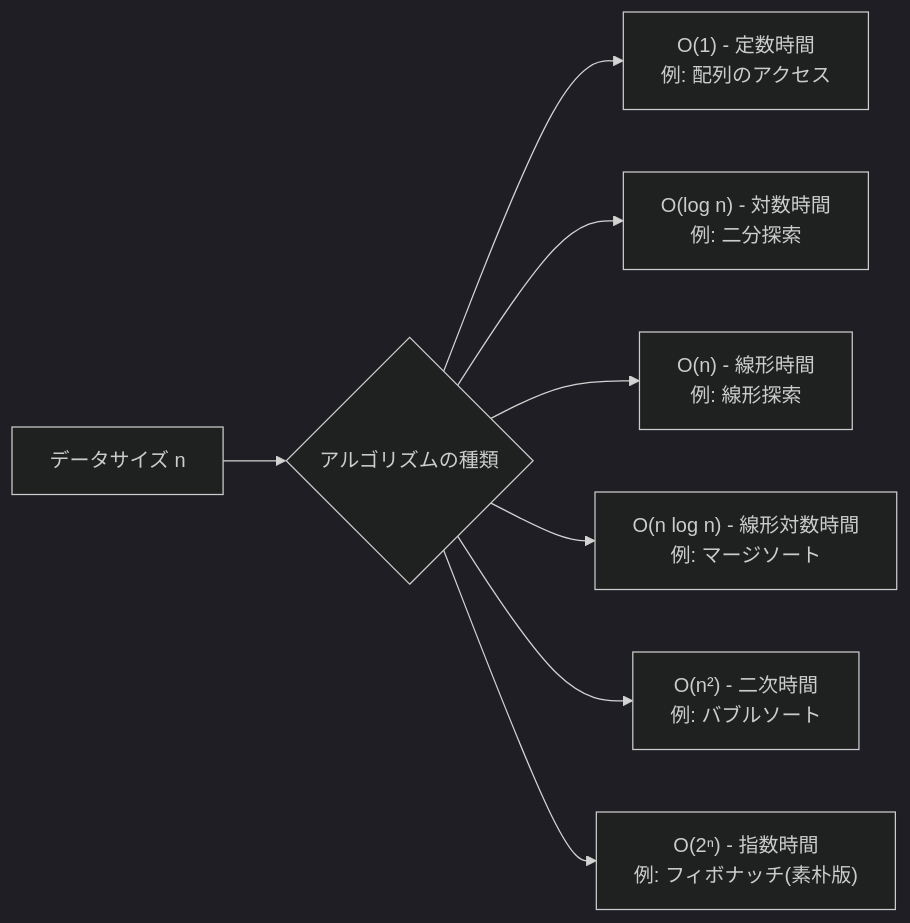
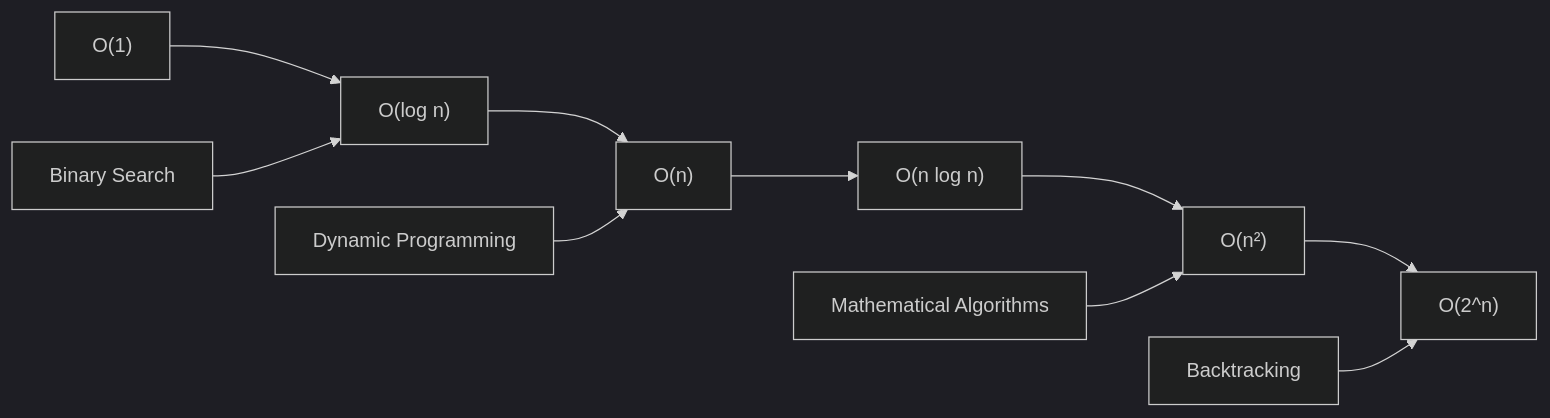
The second of 3 diagrams in README.md (myoshi2891/Algorithm-DataStructures-Math-SQL), drawn with Mermaid (dark theme) before and after one commit. The commit also changed other lines of this file, not shown here.

````diff
--- a/README.md
+++ b/README.md
@@ -212,10 +112,13 @@
 ```mermaid
 graph LR
-    A[データサイズ n] --> B{アルゴリズムの種類}
-    B --> C["O(1) - 定数時間<br/>例: 配列のアクセス"]
-    B --> D["O(log n) - 対数時間<br/>例: 二分探索"]
-    B --> E["O(n) - 線形時間<br/>例: 線形探索"]
-    B --> F["O(n log n) - 線形対数時間<br/>例: マージソート"]
-    B --> G["O(n²) - 二次時間<br/>例: バブルソート"]
-    B --> H["O(2ⁿ) - 指数時間<br/>例: フィボナッチ(素朴版)"]
+    A["O(1)"] --> B["O(log n)"]
+    B --> C["O(n)"]
+    C --> D["O(n log n)"]
+    D --> E["O(n²)"]
+    E --> F["O(2^n)"]
+    
+    G["Binary Search"] --> B
+    H["Dynamic Programming"] --> C
+    I["Mathematical Algorithms"] --> E
+    J["Backtracking"] --> F
 ```
````
